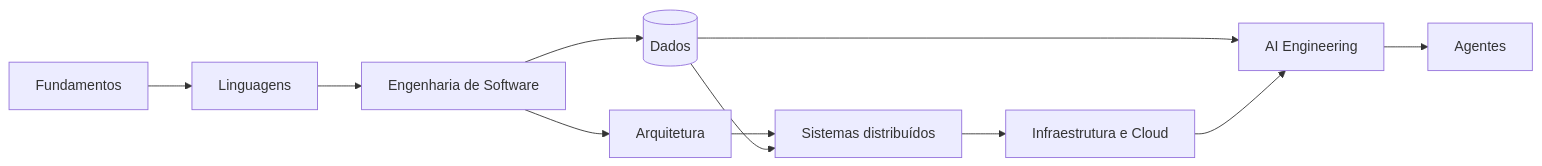
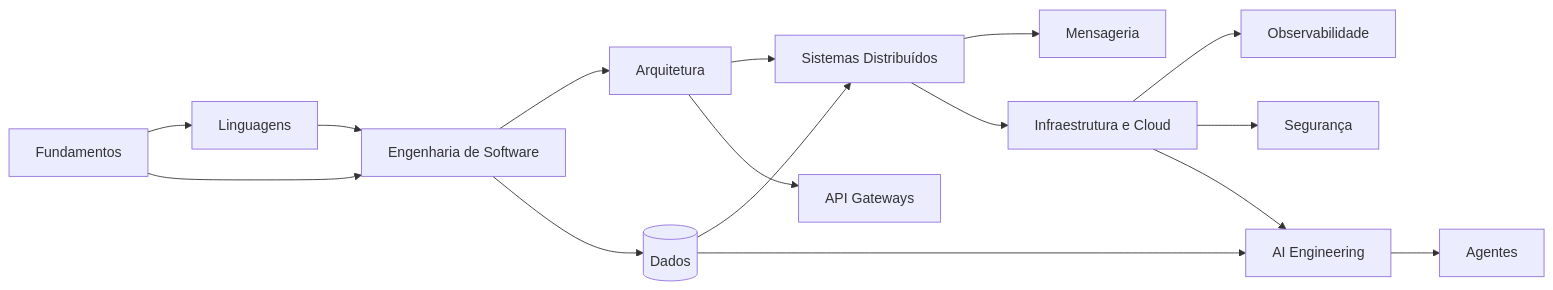
Before and after one commit to blasther12/alexandria: the diagram in README.md, drawn with Mermaid. The commit also changed other lines of this file and 10 other files, not shown here.

````diff
--- a/README.md
+++ b/README.md
@@ -43,13 +62,18 @@
 ```mermaid
 flowchart LR
     F[Fundamentos] --> L[Linguagens]
-    L --> SE[Engenharia de Software]
+    F --> SE[Engenharia de Software]
+    L --> SE
+    SE --> A[Arquitetura]
     SE --> D[(Dados)]
-    SE --> A[Arquitetura]
-    A --> DS[Sistemas distribuídos]
+    A --> DS[Sistemas Distribuídos]
     D --> DS
+    DS --> M[Mensageria]
     DS --> I[Infraestrutura e Cloud]
+    I --> O[Observabilidade]
+    A --> G[API Gateways]
+    I --> S[Segurança]
     D --> AI[AI Engineering]
     I --> AI
     AI --> AG[Agentes]
 ```
````
